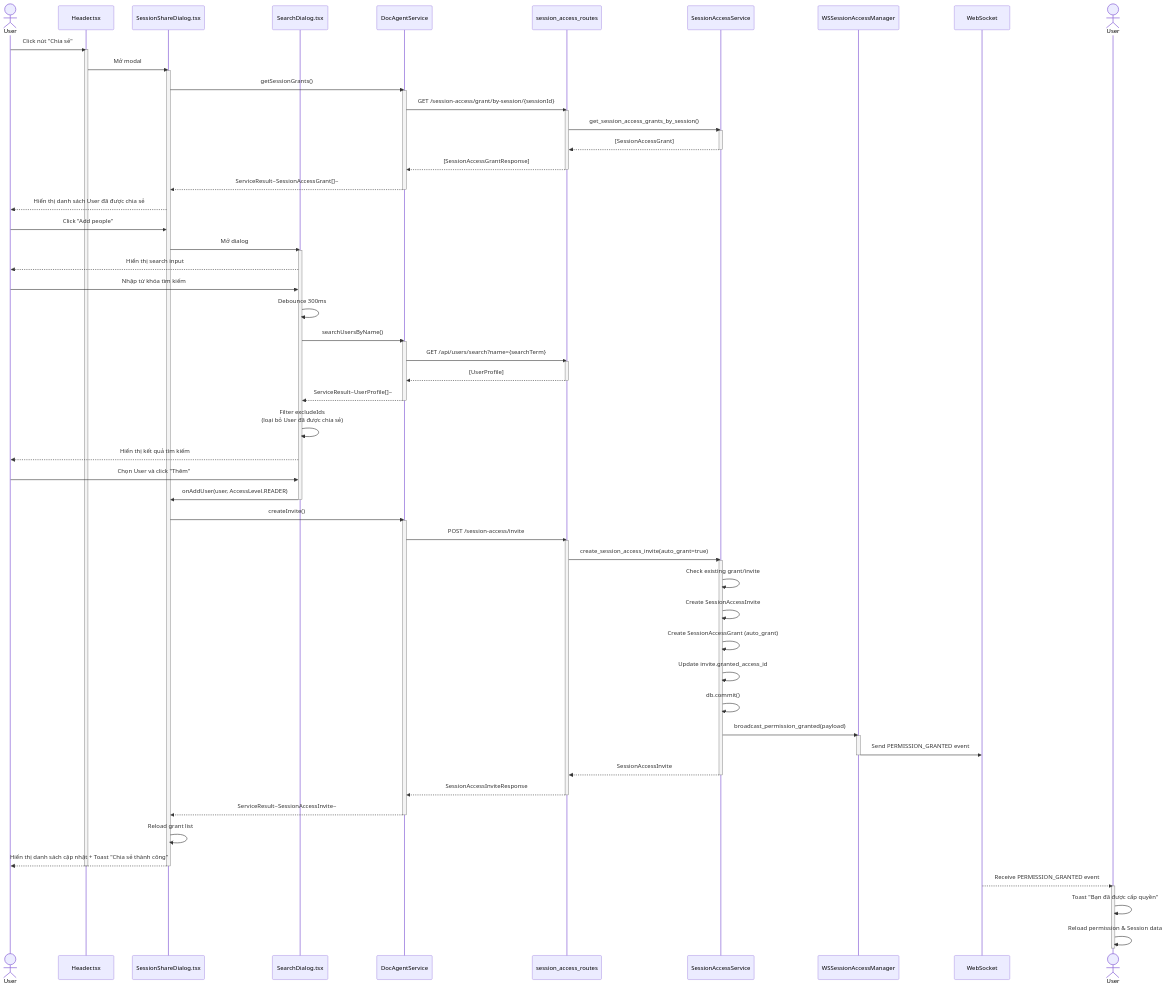
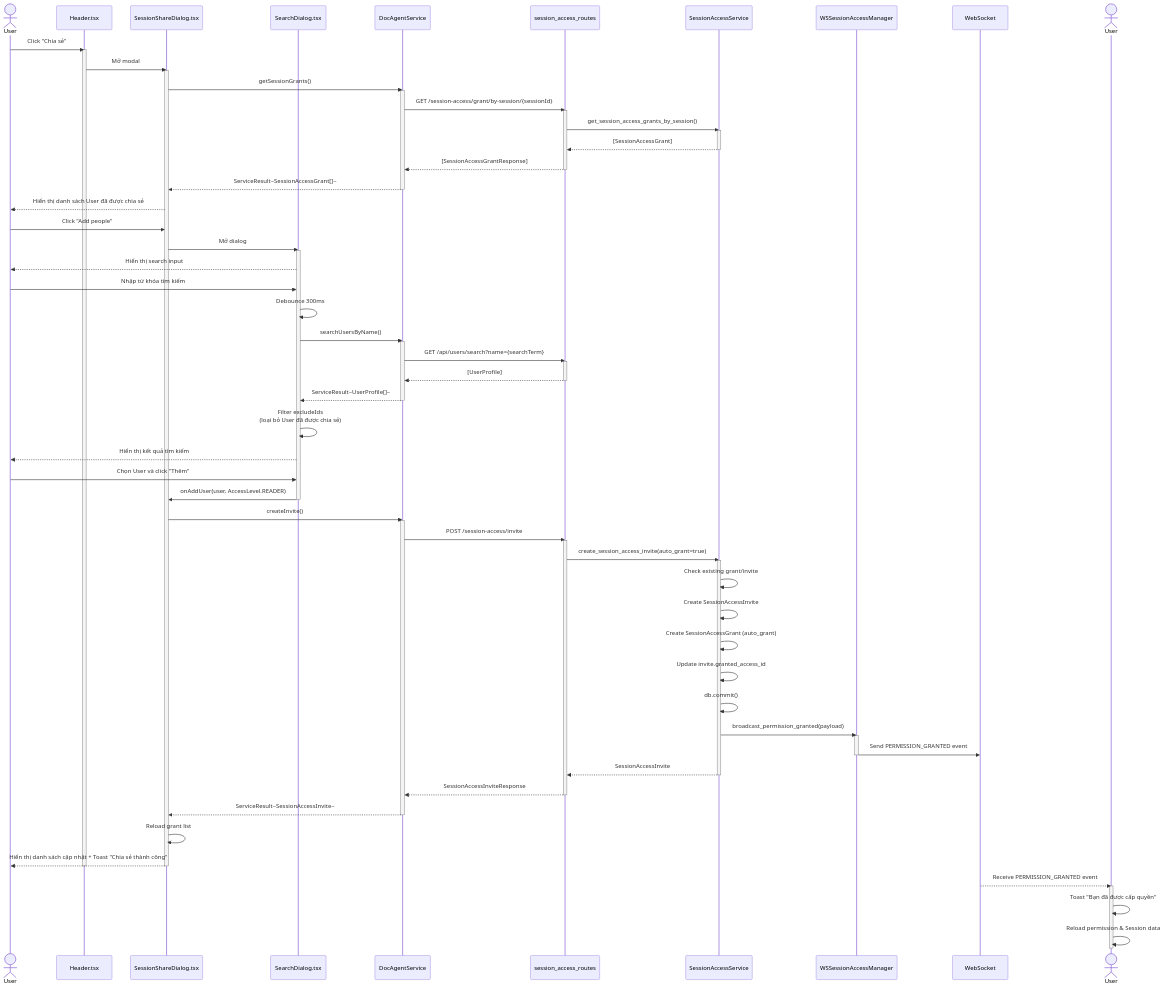
Before and after one commit to mduc-2610/gp_doc: the first of 9 diagrams in session_access/4_session_access_seq.md, drawn with Mermaid. The commit also changed 39 other files, not shown here.

Commit message:
add session sequence

```diff
--- a/session_access/4_session_access_seq.md
+++ b/session_access/4_session_access_seq.md
@@ -15,7 +15,7 @@
     participant WebSocket as WebSocket
     actor User2 as User
 
-    User1->>Header: Click nút "Chia sẻ"
+    User1->>Header: Click "Chia sẻ"
     activate Header
     Header->>ShareModal: Mở modal
     activate ShareModal
```
